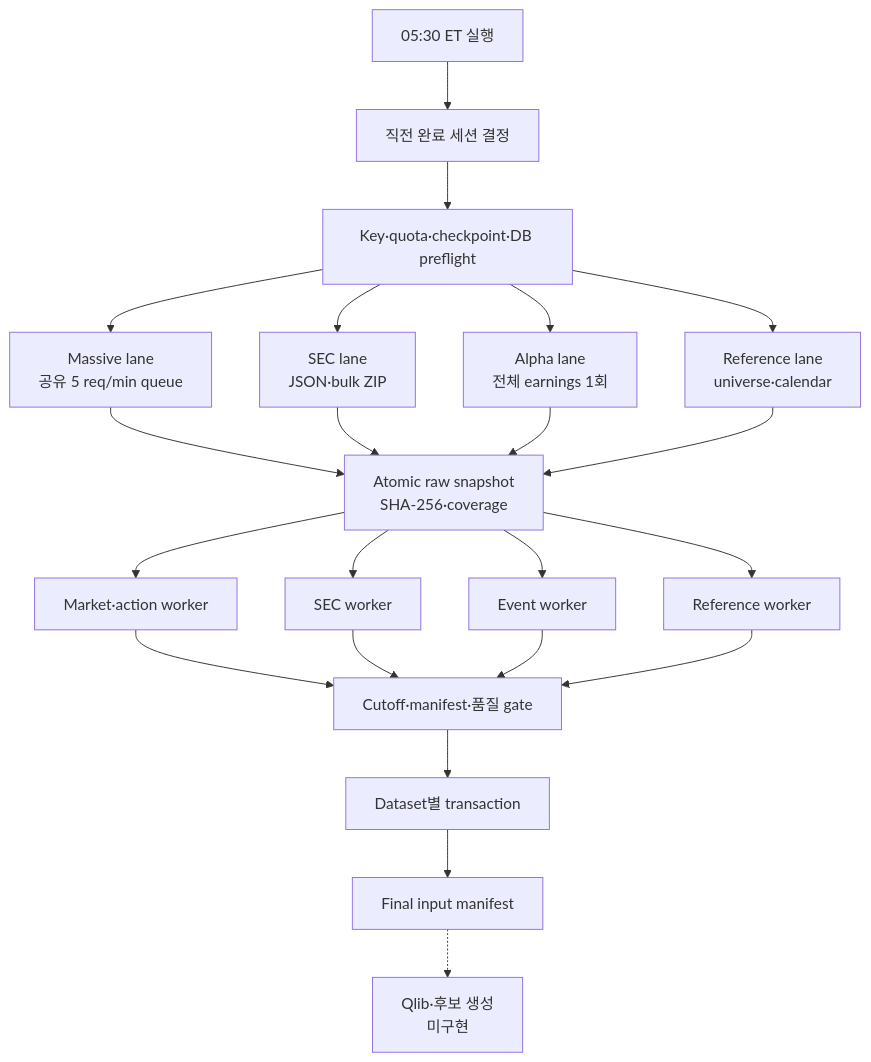
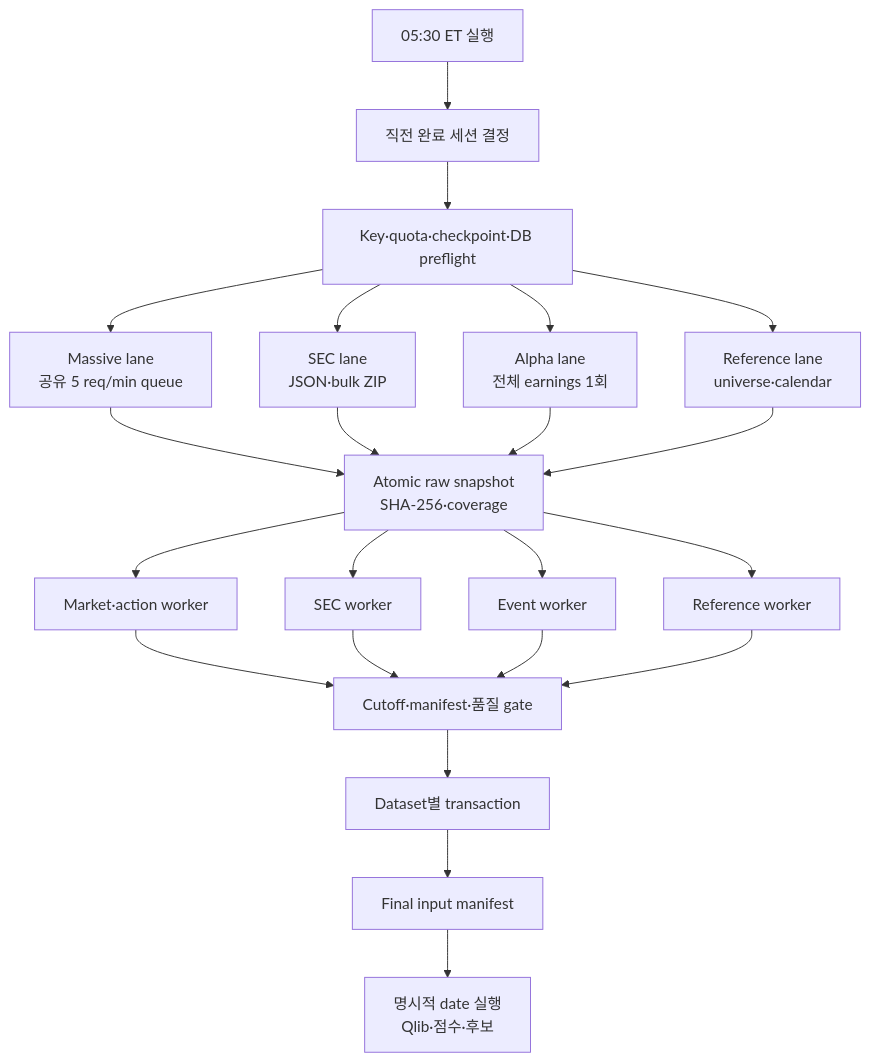
Before and after one commit to brjeong-private/sp500-candidate-engine: the second of 3 diagrams in README.md, drawn with Mermaid. The commit also changed other lines of this file and 78 other files, not shown here.

Commit message:
Implement reproducible Qlib candidate pipeline

````diff
--- a/README.md
+++ b/README.md
@@ -103,29 +112,29 @@
 ```mermaid
 flowchart TD
     Start["05:30 ET 실행"] --> Session["직전 완료 세션 결정"]
     Session --> Preflight["Key·quota·checkpoint·DB preflight"]
 
     Preflight --> MassiveLane["Massive lane<br/>공유 5 req/min queue"]
     Preflight --> SecLane["SEC lane<br/>JSON·bulk ZIP"]
     Preflight --> AlphaLane["Alpha lane<br/>전체 earnings 1회"]
     Preflight --> RefLane["Reference lane<br/>universe·calendar"]
 
     MassiveLane --> Raw["Atomic raw snapshot<br/>SHA-256·coverage"]
     SecLane --> Raw
     AlphaLane --> Raw
     RefLane --> Raw
 
     Raw --> MarketWorker["Market·action worker"]
     Raw --> SecWorker["SEC worker"]
     Raw --> EventWorker["Event worker"]
     Raw --> RefWorker["Reference worker"]
 
     MarketWorker --> Gate["Cutoff·manifest·품질 gate"]
     SecWorker --> Gate
     EventWorker --> Gate
     RefWorker --> Gate
 
     Gate --> Transactions["Dataset별 transaction"]
     Transactions --> Manifest["Final input manifest"]
-    Manifest -.-> Candidate["Qlib·후보 생성<br/>미구현"]
+    Manifest --> Candidate["명시적 date 실행<br/>Qlib·점수·후보"]
 ```
````
